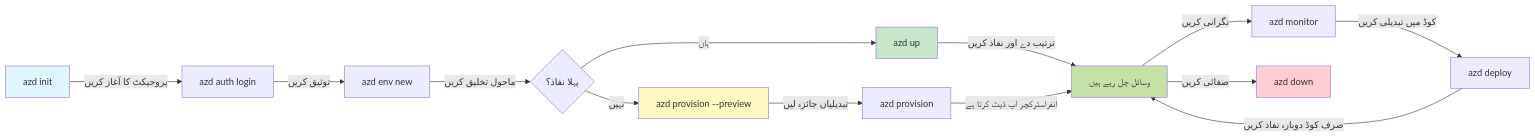
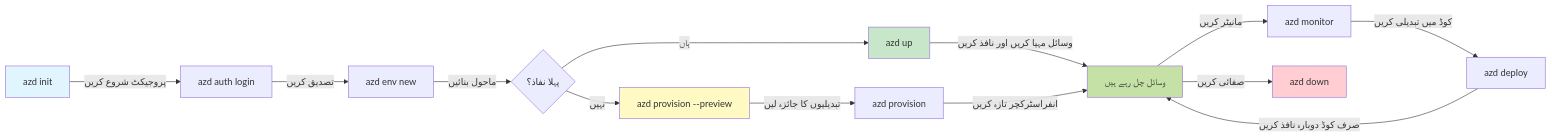
Before and after one commit to microsoft/AZD-for-beginners: the first of 2 diagrams in translations/ur/docs/chapter-01-foundation/azd-basics.md, drawn with Mermaid. The commit also changed other lines of this file and 104 other files, not shown here.

````diff
--- a/translations/ur/docs/chapter-01-foundation/azd-basics.md
+++ b/translations/ur/docs/chapter-01-foundation/azd-basics.md
@@ -271,21 +269,21 @@
 ```mermaid
 graph LR
-    A[azd init] -->|پروجیکٹ کا آغاز کریں| B[azd auth login]
-    B -->|توثیق کریں| C[azd env new]
-    C -->|ماحول تخلیق کریں| D{پہلا نفاذ؟}
+    A[azd init] -->|پروجیکٹ شروع کریں| B[azd auth login]
+    B -->|تصدیق کریں| C[azd env new]
+    C -->|ماحول بنائیں| D{پہلا نفاذ؟}
     D -->|ہاں| E[azd up]
     D -->|نہیں| F[azd provision --preview]
-    F -->|تبدیلیاں جائزہ لیں| G[azd provision]
-    E -->|ترتیب دے اور نفاذ کریں| H[وسائل چل رہے ہیں]
-    G -->|انفراسٹرکچر اپ ڈیٹ کرتا ہے| H
-    H -->|نگرانی کریں| I[azd monitor]
+    F -->|تبدیلیوں کا جائزہ لیں| G[azd provision]
+    E -->|وسائل مہیا کریں اور نافذ کریں| H[وسائل چل رہے ہیں]
+    G -->|انفراسٹرکچر تازہ کریں| H
+    H -->|مانیٹر کریں| I[azd monitor]
     I -->|کوڈ میں تبدیلی کریں| J[azd deploy]
-    J -->|صرف کوڈ دوبارہ نفاذ کریں| H
+    J -->|صرف کوڈ دوبارہ نافذ کریں| H
     H -->|صفائی کریں| K[azd down]
     
     style A fill:#e1f5fe
     style E fill:#c8e6c9
     style F fill:#fff9c4
     style H fill:#c5e1a5
     style K fill:#ffcdd2
 ```
````
